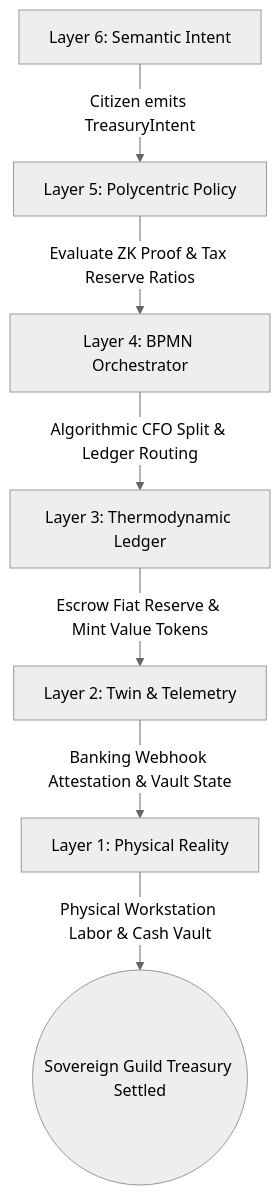
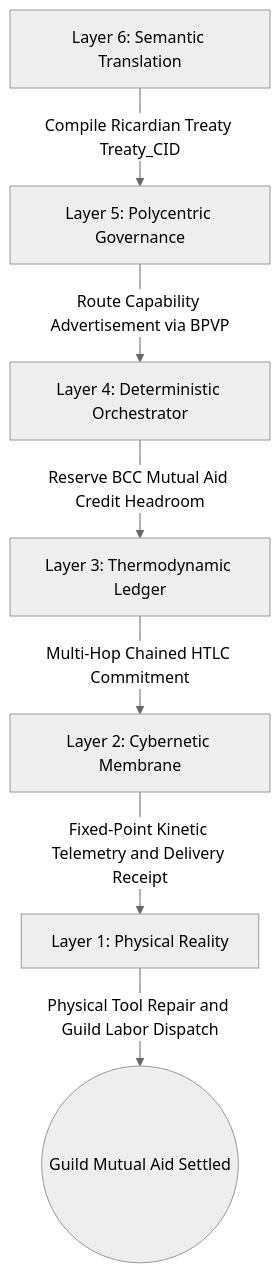
Before and after one commit to raffaine/collective: the diagram in docs/scenarios/pi_guild.md, drawn with Mermaid (neutral theme). The commit also changed other lines of this file and 23 other files, not shown here.

````diff
--- a/docs/scenarios/pi_guild.md
+++ b/docs/scenarios/pi_guild.md
@@ -41,9 +43,9 @@
 ```mermaid
 graph TD
-    L6[Layer 6: Semantic Intent] -->|Citizen emits TreasuryIntent| L5[Layer 5: Polycentric Policy]
-    L5 -->|Evaluate ZK Proof & Tax Reserve Ratios| L4[Layer 4: BPMN Orchestrator]
-    L4 -->|Algorithmic CFO Split & Ledger Routing| L3[Layer 3: Thermodynamic Ledger]
-    L3 -->|Escrow Fiat Reserve & Mint Value Tokens| L2[Layer 2: Twin & Telemetry]
-    L2 -->|Banking Webhook Attestation & Vault State| L1[Layer 1: Physical Reality]
-    L1 -->|Physical Workstation Labor & Cash Vault| End((Sovereign Guild Treasury Settled))
+    L6[Layer 6: Semantic Translation] -->|Compile Ricardian Treaty Treaty_CID| L5[Layer 5: Polycentric Governance]
+    L5 -->|Route Capability Advertisement via BPVP| L4[Layer 4: Deterministic Orchestrator]
+    L4 -->|Reserve BCC Mutual Aid Credit Headroom| L3[Layer 3: Thermodynamic Ledger]
+    L3 -->|Multi-Hop Chained HTLC Commitment| L2[Layer 2: Cybernetic Membrane]
+    L2 -->|Fixed-Point Kinetic Telemetry and Delivery Receipt| L1[Layer 1: Physical Reality]
+    L1 -->|Physical Tool Repair and Guild Labor Dispatch| End((Guild Mutual Aid Settled))
 ```
````
